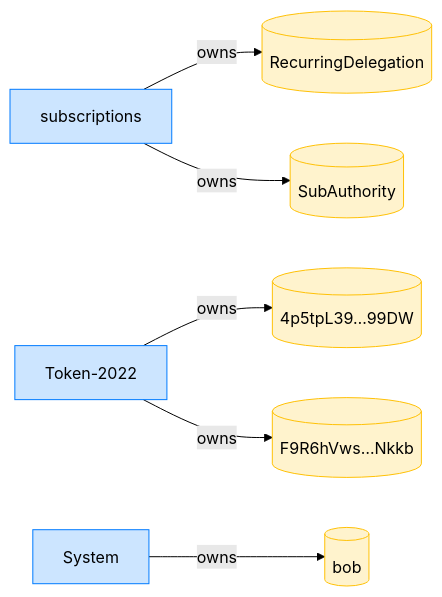
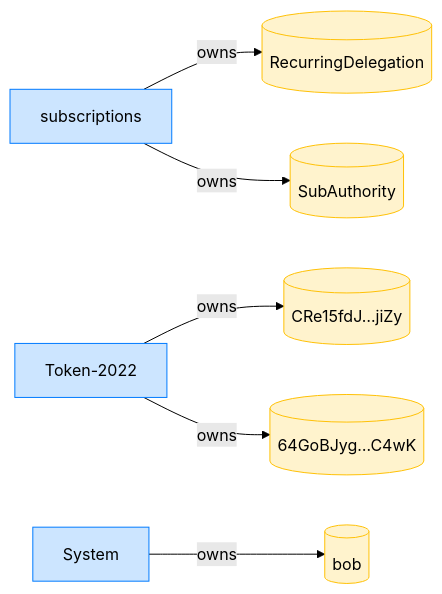
One commit to cds-rs/subscriptions changed diagram 12 of 12 in dsl_tests/recurring-transfer-over-a-token-2022-unconfigured-transfer-hook-mint.md. Above: the diagram before and after it, drawn with Mermaid (forest theme). The commit also changed other lines of this file and 224 other files, not shown here.

````diff
--- a/dsl_tests/recurring-transfer-over-a-token-2022-unconfigured-transfer-hook-mint.md
+++ b/dsl_tests/recurring-transfer-over-a-token-2022-unconfigured-transfer-hook-mint.md
@@ -235,18 +249,18 @@
 ```mermaid
 flowchart LR
     classDef owner fill:#cce5ff,stroke:#007bff;
     classDef account fill:#fff3cd,stroke:#ffc107;
     subscriptions[subscriptions]:::owner
     RecurringDelegation[(RecurringDelegation)]:::account
     SubAuthority[(SubAuthority)]:::account
     Token_2022["Token-2022"]:::owner
-    4p5tpL39_99DW[("4p5tpL39…99DW")]:::account
-    F9R6hVws_Nkkb[("F9R6hVws…Nkkb")]:::account
+    CRe15fdJ_jiZy[("CRe15fdJ…jiZy")]:::account
+    64GoBJyg_C4wK[("64GoBJyg…C4wK")]:::account
     System[System]:::owner
     bob[(bob)]:::account
     subscriptions -->|owns| RecurringDelegation
     subscriptions -->|owns| SubAuthority
-    Token_2022 -->|owns| 4p5tpL39_99DW
-    Token_2022 -->|owns| F9R6hVws_Nkkb
+    Token_2022 -->|owns| CRe15fdJ_jiZy
+    Token_2022 -->|owns| 64GoBJyg_C4wK
     System -->|owns| bob
 ```
````
